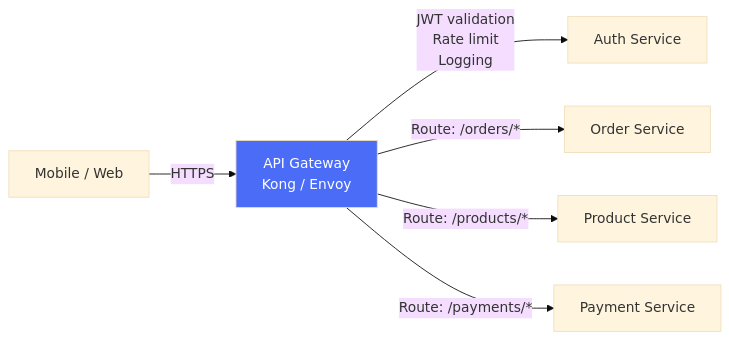
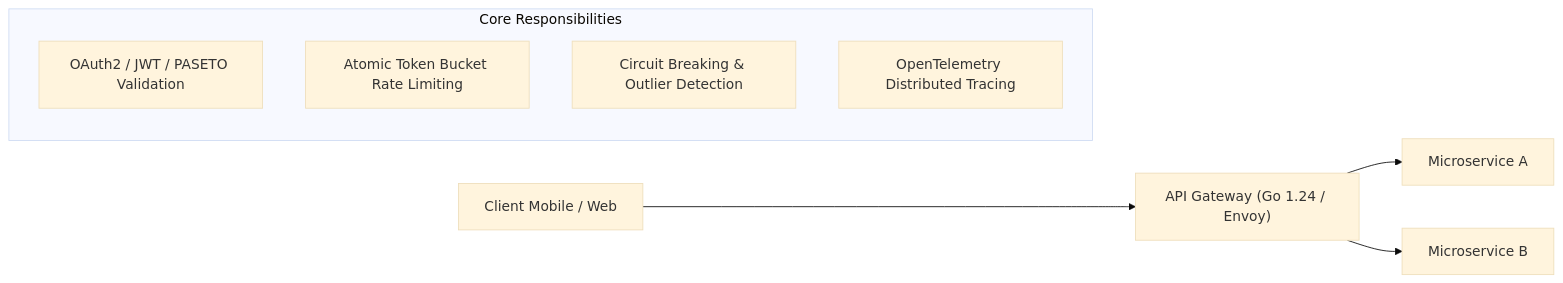
The fourth of 5 diagrams in content/series/system-design/02-load-balancing-api-gateway-go.md (vesviet/vesviet), drawn with Mermaid (base theme) before and after one commit. The commit also changed other lines of this file and 38 other files, not shown here.

````diff
--- a/content/series/system-design/02-load-balancing-api-gateway-go.md
+++ b/content/series/system-design/02-load-balancing-api-gateway-go.md
@@ -338,10 +147,12 @@
 ```mermaid
-graph LR
-    Client["Mobile / Web"] -->|"HTTPS"| GW["API Gateway\nKong / Envoy"]
-    GW -->|"JWT validation\nRate limit\nLogging"| Auth["Auth Service"]
-    GW -->|"Route: /orders/*"| Orders["Order Service"]
-    GW -->|"Route: /products/*"| Products["Product Service"]
-    GW -->|"Route: /payments/*"| Payments["Payment Service"]
-    
-    style GW fill:#4a6cf7,color:#fff
+flowchart LR
+    Client["Client Mobile / Web"] --> Gateway["API Gateway (Go 1.24 / Envoy)"]
+    subgraph GatewayDuties ["Core Responsibilities"]
+        Auth["OAuth2 / JWT / PASETO Validation"]
+        RateLimit["Atomic Token Bucket Rate Limiting"]
+        Circuit["Circuit Breaking & Outlier Detection"]
+        Telemetry["OpenTelemetry Distributed Tracing"]
+    end
+    Gateway --> SvcA["Microservice A"]
+    Gateway --> SvcB["Microservice B"]
 ```
````
